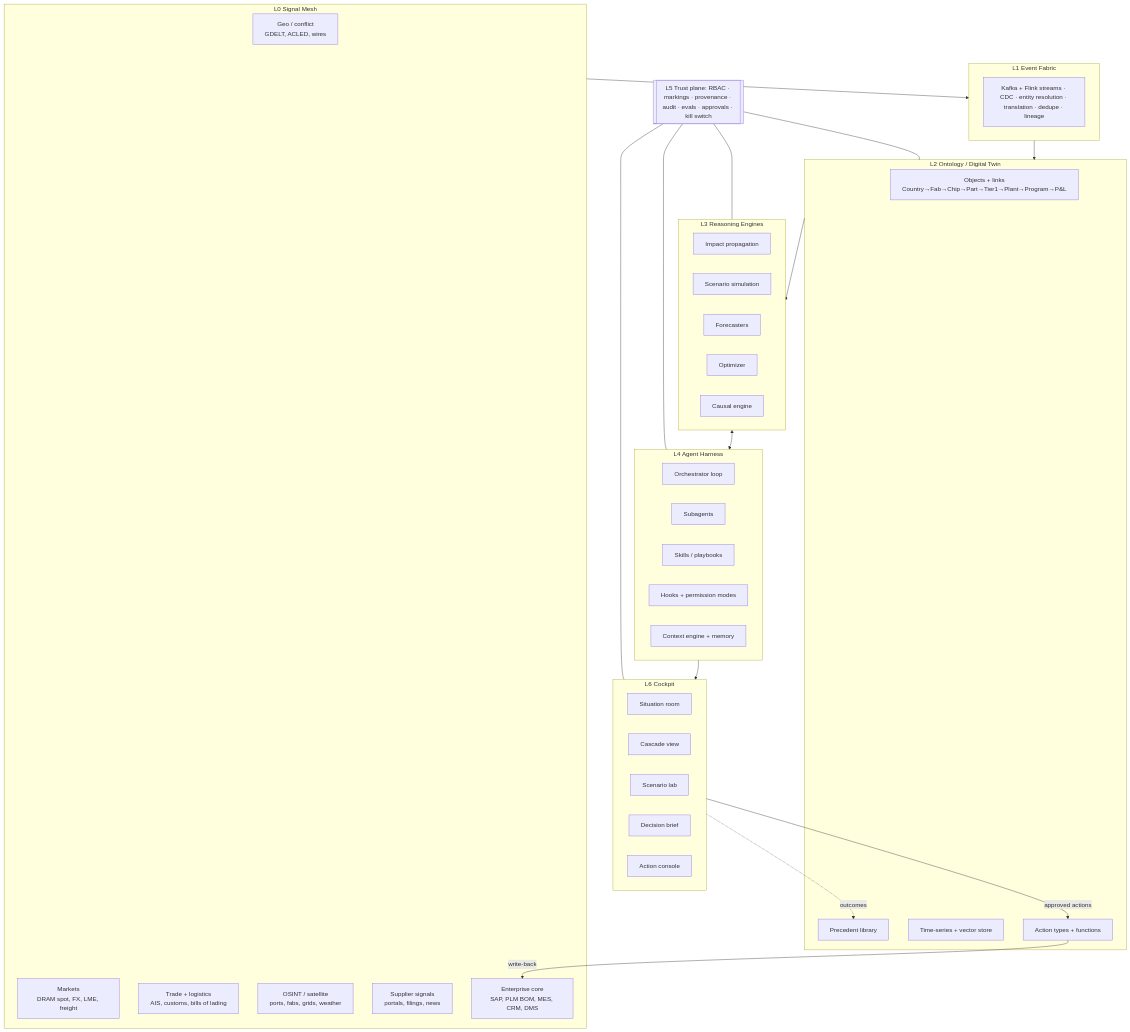
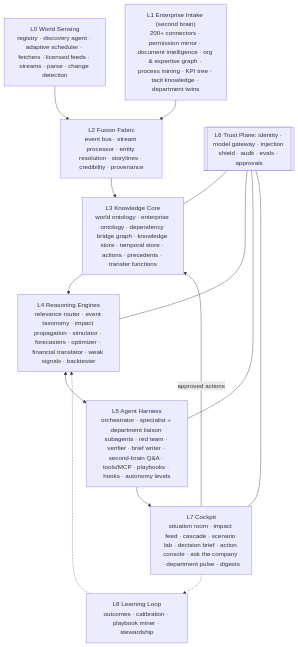
Before and after one commit to abhinavships/foundry: the diagram in docs/ARCHITECTURE.md, drawn with Mermaid. The commit also changed other lines of this file and 6 other files, not shown here.

First line of the commit message:
Generalize COCKPIT architecture and add interactive atlas

````diff
--- a/docs/ARCHITECTURE.md
+++ b/docs/ARCHITECTURE.md
@@ -30,48 +36,18 @@
 ```mermaid
 flowchart TB
-  subgraph L0[L0 Signal Mesh]
-    GEO[Geo / conflict<br/>GDELT, ACLED, wires]
-    MKT[Markets<br/>DRAM spot, FX, LME, freight]
-    TRD[Trade + logistics<br/>AIS, customs, bills of lading]
-    OSI[OSINT / satellite<br/>ports, fabs, grids, weather]
-    SUP[Supplier signals<br/>portals, filings, news]
-    ENT[Enterprise core<br/>SAP, PLM BOM, MES, CRM, DMS]
-  end
-  subgraph L1[L1 Event Fabric]
-    BUS[Kafka + Flink streams · CDC · entity resolution · translation · dedupe · lineage]
-  end
-  subgraph L2[L2 Ontology / Digital Twin]
-    OBJ[Objects + links<br/>Country→Fab→Chip→Part→Tier1→Plant→Program→P&L]
-    KIN[Action types + functions]
-    TS[Time-series + vector store]
-    PRE[Precedent library]
-  end
-  subgraph L3[L3 Reasoning Engines]
-    IMP[Impact propagation]
-    SIM[Scenario simulation]
-    FC[Forecasters]
-    OPT[Optimizer]
-    CAU[Causal engine]
-  end
-  subgraph L4[L4 Agent Harness]
-    ORC[Orchestrator loop]
-    SUB[Subagents]
-    SK[Skills / playbooks]
-    HK[Hooks + permission modes]
-    CTX[Context engine + memory]
-  end
-  subgraph L6[L6 Cockpit]
-    SR[Situation room]
-    CV[Cascade view]
-    LAB[Scenario lab]
-    DB[Decision brief]
-    AC[Action console]
-  end
-  L5[[L5 Trust plane: RBAC · markings · provenance · audit · evals · approvals · kill switch]]
-
-  L0 --> L1 --> L2 --> L3 <--> L4 --> L6
-  L6 -- approved actions --> KIN
-  KIN -- write-back --> ENT
-  L6 -. outcomes .-> PRE
-  L5 --- L2 & L3 & L4 & L6
+  L0["L0 World Sensing<br/>registry · discovery agent · adaptive scheduler · fetchers · licensed feeds · streams · parse · change detection"]
+  L1["L1 Enterprise Intake (second brain)<br/>200+ connectors · permission mirror · document intelligence · org & expertise graph · process mining · KPI tree · tacit knowledge · department twins"]
+  L2["L2 Fusion Fabric<br/>event bus · stream processor · entity resolution · storylines · credibility · provenance"]
+  L3["L3 Knowledge Core<br/>world ontology · enterprise ontology · dependency bridge graph · knowledge store · temporal store · actions · precedents · transfer functions"]
+  L4["L4 Reasoning Engines<br/>relevance router · event taxonomy · impact propagation · simulator · forecasters · optimizer · financial translator · weak signals · backtester"]
+  L5["L5 Agent Harness<br/>orchestrator · specialist + department liaison subagents · red team · verifier · brief writer · second-brain Q&A · tools/MCP · playbooks · hooks · autonomy levels"]
+  L7["L7 Cockpit<br/>situation room · impact feed · cascade · scenario lab · decision brief · action console · ask the company · department pulse · digests"]
+  L8["L8 Learning Loop<br/>outcomes · calibration · playbook miner · stewardship"]
+  L6[["L6 Trust Plane: identity · model gateway · injection shield · audit · evals · approvals"]]
+  L0 --> L2
+  L1 --> L2
+  L2 --> L3 --> L4 <--> L5 --> L7
+  L7 -- approved actions --> L3
+  L7 -.-> L8 -.-> L4
+  L6 --- L3 & L4 & L5 & L7
 ```
````
